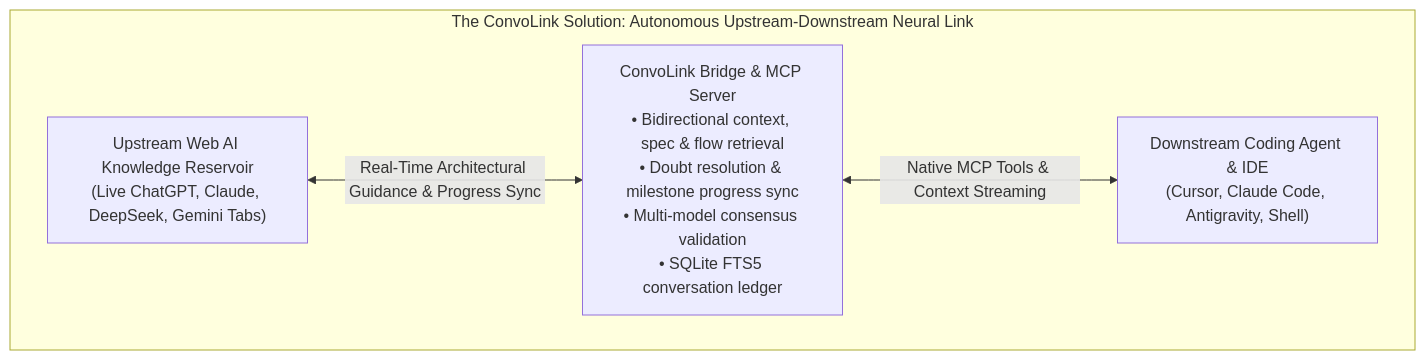
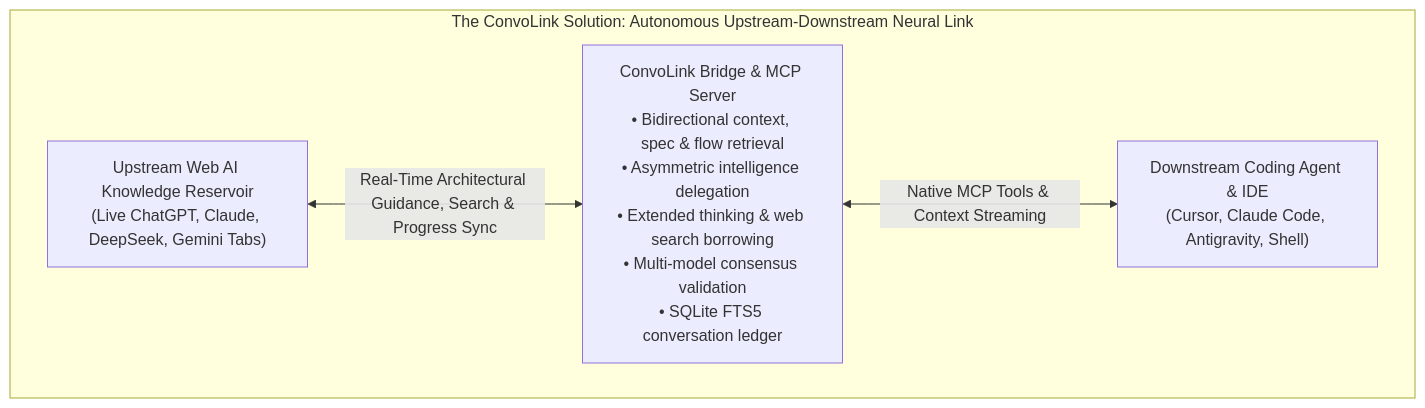
Before and after one commit to 0xTanzim/convolink: the second of 3 diagrams in README.md, drawn with Mermaid. The commit also changed other lines of this file and 1 other file, not shown here.

Commit message:
docs: integrate 3-pillar architecture (Context, Intelligence, Capability) and web search delegation

````diff
--- a/README.md
+++ b/README.md
@@ -55,10 +64,10 @@
 ```mermaid
 flowchart TD
     subgraph Solution ["The ConvoLink Solution: Autonomous Upstream-Downstream Neural Link"]
         UpstreamSession["Upstream Web AI Knowledge Reservoir<br/>(Live ChatGPT, Claude, DeepSeek, Gemini Tabs)"]
-        ConvoLink["ConvoLink Bridge & MCP Server<br/>• Bidirectional context, spec & flow retrieval<br/>• Doubt resolution & milestone progress sync<br/>• Multi-model consensus validation<br/>• SQLite FTS5 conversation ledger"]
+        ConvoLink["ConvoLink Bridge & MCP Server<br/>• Bidirectional context, spec & flow retrieval<br/>• Asymmetric intelligence delegation<br/>• Extended thinking & web search borrowing<br/>• Multi-model consensus validation<br/>• SQLite FTS5 conversation ledger"]
         LocalIDEAgent["Downstream Coding Agent & IDE<br/>(Cursor, Claude Code, Antigravity, Shell)"]
 
-        UpstreamSession <-->|"Real-Time Architectural Guidance & Progress Sync"| ConvoLink <-->|"Native MCP Tools & Context Streaming"| LocalIDEAgent
+        UpstreamSession <-->|"Real-Time Architectural Guidance, Search & Progress Sync"| ConvoLink <-->|"Native MCP Tools & Context Streaming"| LocalIDEAgent
     end
 ```
````
